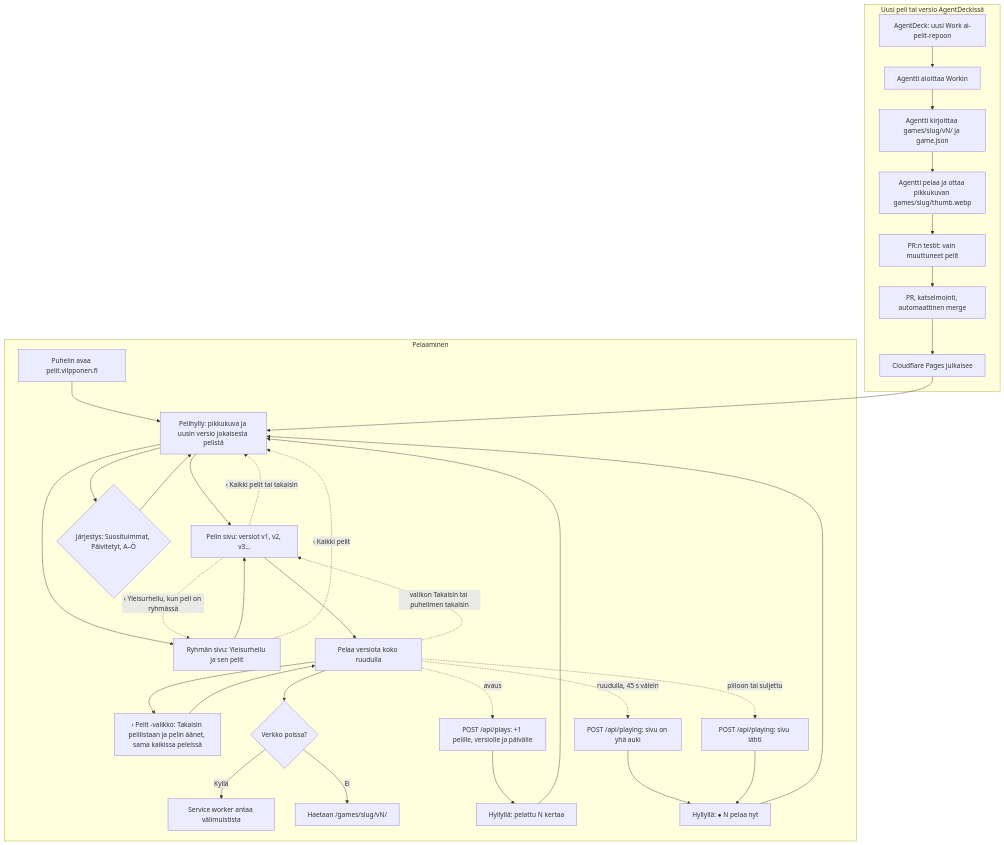
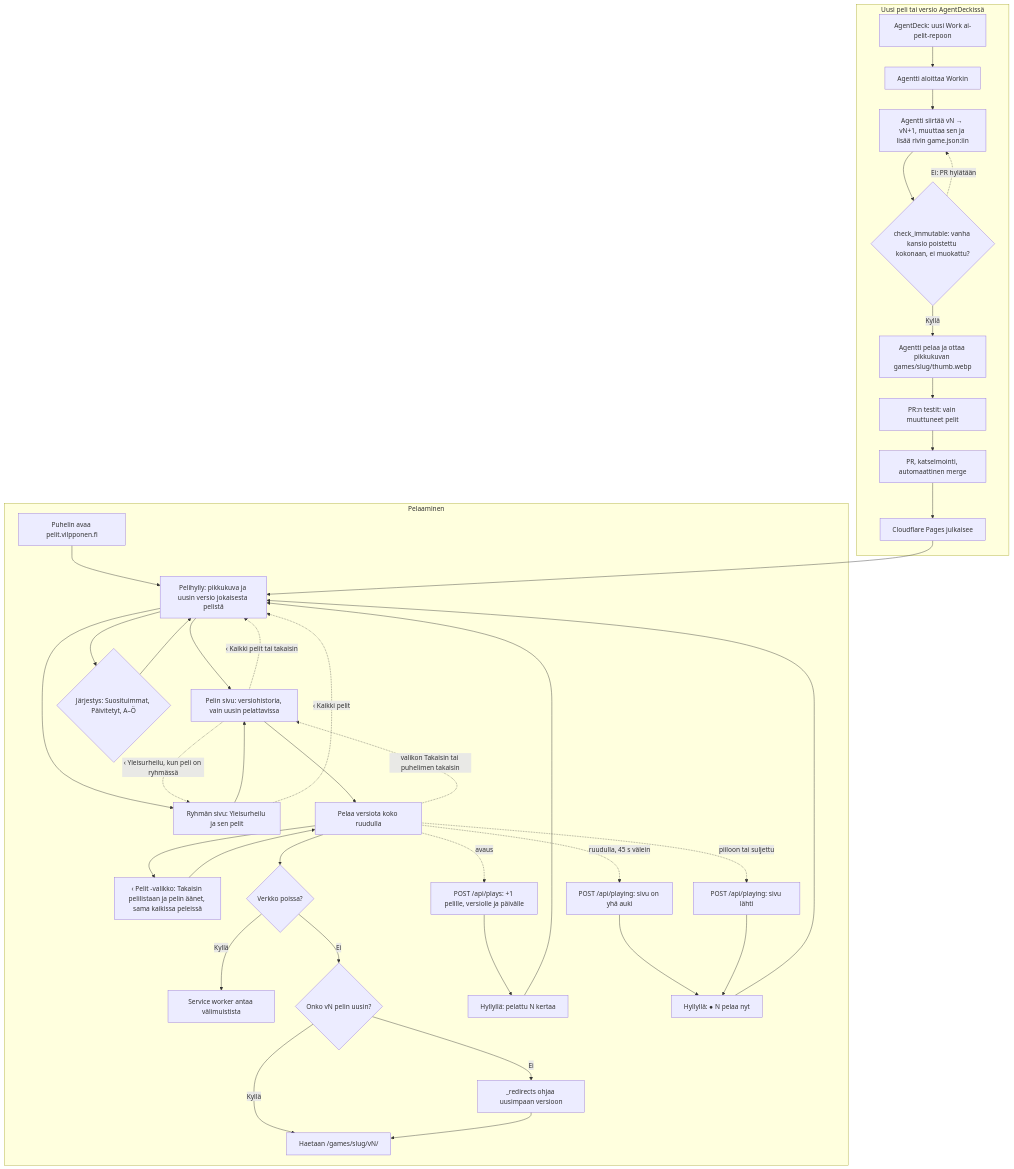
The diagram in docs/diagrams/ai-pelit.md (eerovil/ai-pelit), drawn with Mermaid before and after one commit. The commit also changed other lines of this file and 442 other files, not shown here.

````diff
--- a/docs/diagrams/ai-pelit.md
+++ b/docs/diagrams/ai-pelit.md
@@ -8,45 +8,51 @@
 ```mermaid
 flowchart TD
   subgraph Pelaaminen
     A[Puhelin avaa pelit.vilpponen.fi] --> B[Pelihylly: pikkukuva ja uusin versio jokaisesta pelistä]
-    B --> C[Pelin sivu: versiot v1, v2, v3...]
+    B --> C[Pelin sivu: versiohistoria, vain uusin pelattavissa]
     B --> J{Järjestys: Suosituimmat, Päivitetyt, A–Ö}
     J --> B
     B --> R[Ryhmän sivu: Yleisurheilu ja sen pelit]
     R --> C
     R -. ‹ Kaikki pelit .-> B
     C --> D[Pelaa versiota koko ruudulla]
     D -. valikon Takaisin tai puhelimen takaisin .-> C
     D --> V[‹ Pelit -valikko: Takaisin pelilistaan ja pelin äänet, sama kaikissa peleissä]
     V --> D
     C -. ‹ Kaikki pelit tai takaisin .-> B
     C -. ‹ Yleisurheilu, kun peli on ryhmässä .-> R
     D --> E{Verkko poissa?}
     E -- Kyllä --> F[Service worker antaa välimuistista]
-    E -- Ei --> G[Haetaan /games/slug/vN/]
+    E -- Ei --> VN{Onko vN pelin uusin?}
+    VN -- Kyllä --> G[Haetaan /games/slug/vN/]
+    VN -- Ei --> K[_redirects ohjaa uusimpaan versioon]
+    K --> G
     D -. avaus .-> P[POST /api/plays: +1 pelille, versiolle ja päivälle]
     P --> Q[Hyllyllä: pelattu N kertaa]
     Q --> B
     D -. ruudulla, 45 s välein .-> W[POST /api/playing: sivu on yhä auki]
     D -. piiloon tai suljettu .-> X[POST /api/playing: sivu lähti]
     W --> Y[Hyllyllä: ● N pelaa nyt]
     X --> Y
     Y --> B
   end
   subgraph Uusi peli tai versio AgentDeckissä
     H[AgentDeck: uusi Work ai-pelit-repoon] --> L[Agentti aloittaa Workin]
-    L --> M[Agentti kirjoittaa games/slug/vN/ ja game.json]
-    M --> T[Agentti pelaa ja ottaa pikkukuvan games/slug/thumb.webp]
+    L --> M[Agentti siirtää vN → vN+1, muuttaa sen ja lisää rivin game.json:iin]
+    M --> I{check_immutable: vanha kansio poistettu kokonaan, ei muokattu?}
+    I -- Kyllä --> T
+    I -. Ei: PR hylätään .-> M
+    T[Agentti pelaa ja ottaa pikkukuvan games/slug/thumb.webp]
     T --> U[PR:n testit: vain muuttuneet pelit]
     U --> N[PR, katselmointi, automaattinen merge]
     N --> O[Cloudflare Pages julkaisee]
     O --> B
   end
   class A,B,C,D,Q,R,V,Y blue
-  class E,J amber
-  class F,G,P,W,X teal
+  class E,J,VN,I amber
+  class F,G,K,P,W,X teal
   class H violet
   class L,M,T,N rose
   class U amber
   class O green
 ```
````
